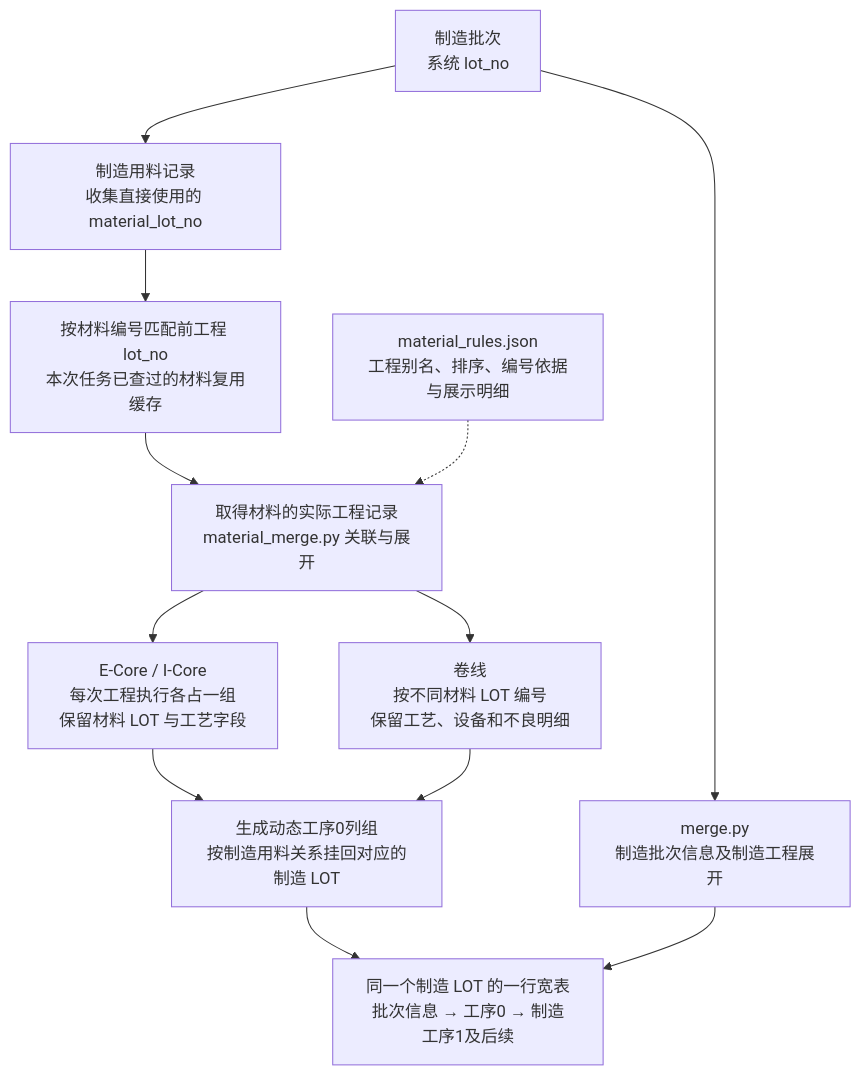
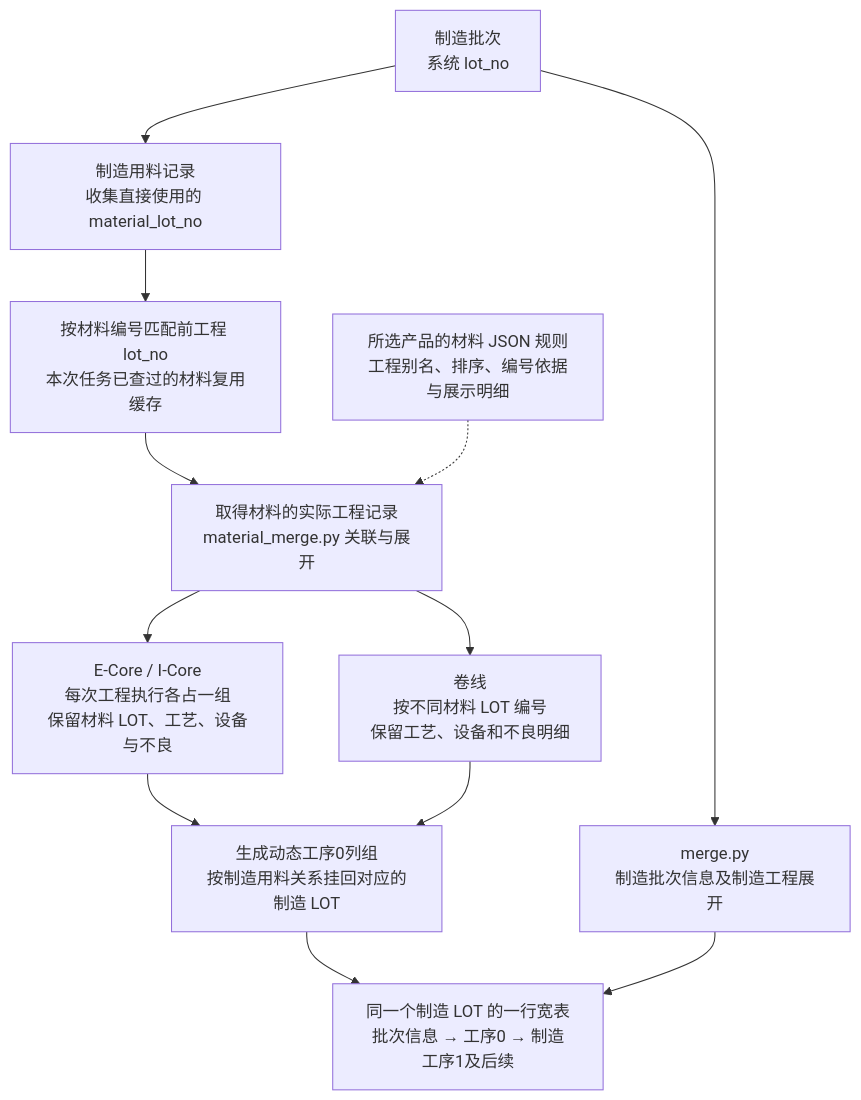
One commit to haotian2294622823/data-get changed the third of 3 diagrams in README.md. Above: the diagram before and after it, drawn with Mermaid. The commit also changed other lines of this file and 11 other files, not shown here.

````diff
--- a/README.md
+++ b/README.md
@@ -61,14 +100,14 @@
 ```mermaid
 flowchart TD
     System["制造批次<br/>系统 lot_no"] --> Usage["制造用料记录<br/>收集直接使用的 material_lot_no"]
     Usage --> Lookup["按材料编号匹配前工程 lot_no<br/>本次任务已查过的材料复用缓存"]
     Lookup --> Process["取得材料的实际工程记录<br/>material_merge.py 关联与展开"]
-    Rules["material_rules.json<br/>工程别名、排序、编号依据与展示明细"] -.-> Process
-    Process --> Core["E-Core / I-Core<br/>每次工程执行各占一组<br/>保留材料 LOT 与工艺字段"]
+    Rules["所选产品的材料 JSON 规则<br/>工程别名、排序、编号依据与展示明细"] -.-> Process
+    Process --> Core["E-Core / I-Core<br/>每次工程执行各占一组<br/>保留材料 LOT、工艺、设备与不良"]
     Process --> Winding["卷线<br/>按不同材料 LOT 编号<br/>保留工艺、设备和不良明细"]
     Core --> StageZero["生成动态工序0列组<br/>按制造用料关系挂回对应的制造 LOT"]
     Winding --> StageZero
     System --> Manufacturing["merge.py<br/>制造批次信息及制造工程展开"]
     StageZero --> Row["同一个制造 LOT 的一行宽表<br/>批次信息 → 工序0 → 制造工序1及后续"]
     Manufacturing --> Row
 ```
````
